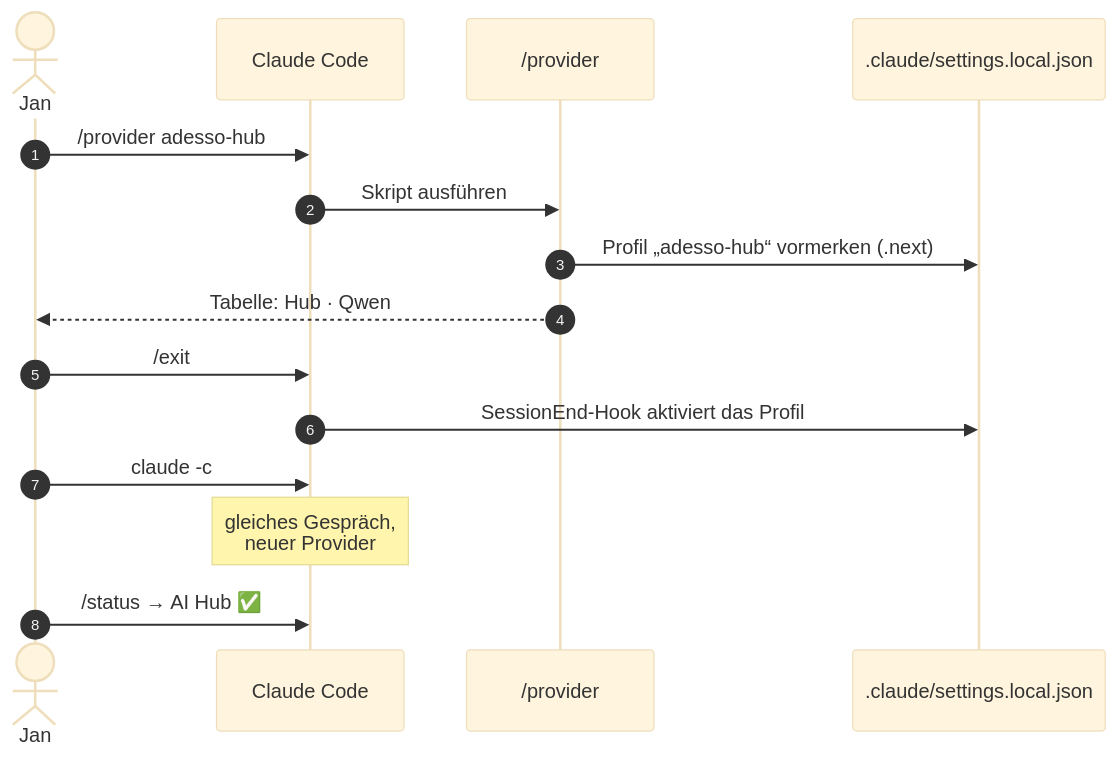
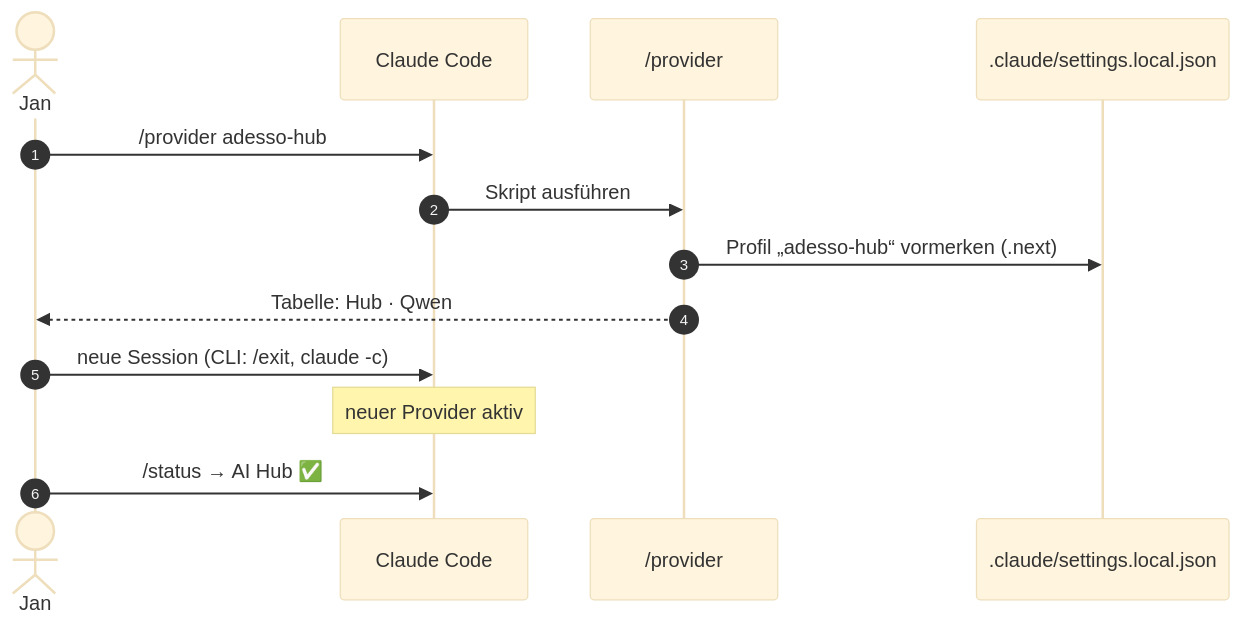
One commit to a-lottes/Agent-Template changed the second of 6 diagrams in docs/demo/01-ai-hub/VISUELL.md. Above: the diagram before and after it, drawn with Mermaid (base theme). The commit also changed other lines of this file and 16 other files, not shown here.

Commit message:
Docs consistent with the repo-only flow: rewritten step docs, index, diagrams; old variants moved to docs/demo/archiv

````diff
--- a/docs/demo/01-ai-hub/VISUELL.md
+++ b/docs/demo/01-ai-hub/VISUELL.md
@@ -37,18 +37,16 @@
 ```mermaid
 sequenceDiagram
     autonumber
     actor Jan
     participant CC as Claude Code
     participant P as /provider
     participant S as .claude/settings.local.json
 
     Jan->>CC: /provider adesso-hub
     CC->>P: Skript ausführen
     P->>S: Profil „adesso-hub“ vormerken (.next)
     P-->>Jan: Tabelle: Hub · Qwen
-    Jan->>CC: /exit
-    CC->>S: SessionEnd-Hook aktiviert das Profil
-    Jan->>CC: claude -c
-    Note over CC: gleiches Gespräch,<br/>neuer Provider
+    Jan->>CC: neue Session (CLI: /exit, claude -c)
+    Note over CC: neuer Provider aktiv
     Jan->>CC: /status → AI Hub ✅
 ```
````
